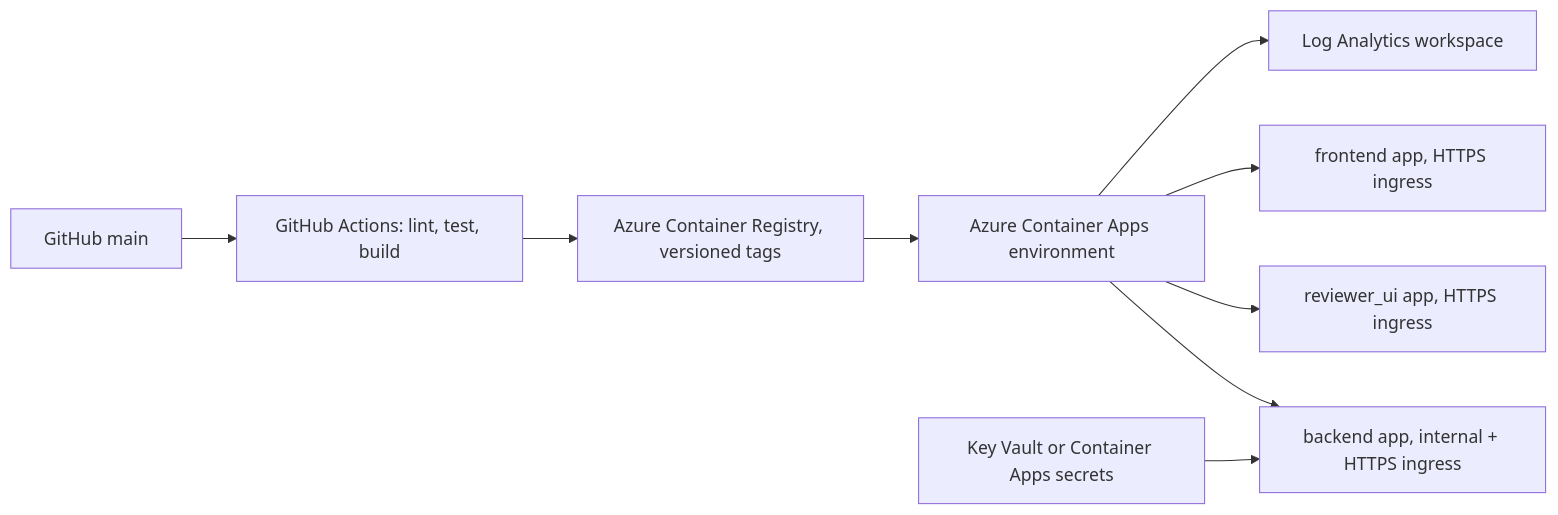
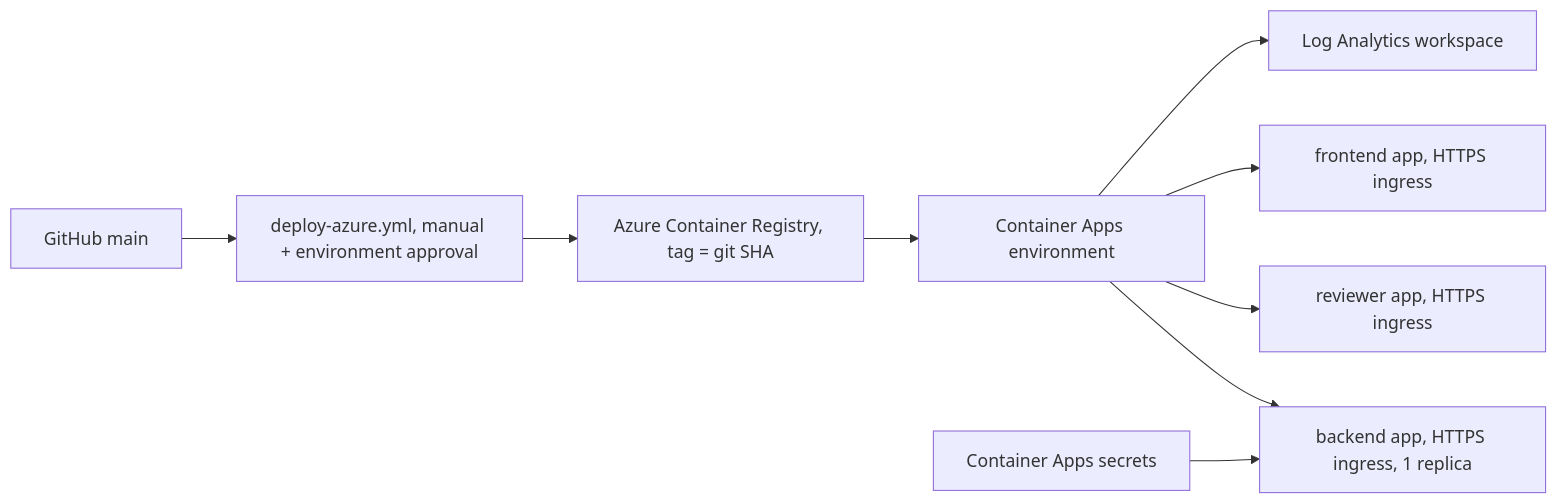
One commit to RuhelaDhruv745/practice-project changed the diagram in docs/DEPLOYMENT.md. Above: the diagram before and after it, drawn with Mermaid. The commit also changed other lines of this file and 4 other files, not shown here.

First line of the commit message:
ci: add docker build and smoke job, manual Azure Container Apps plan

````diff
--- a/docs/DEPLOYMENT.md
+++ b/docs/DEPLOYMENT.md
@@ -41,11 +90,11 @@
 ```mermaid
 flowchart LR
-  GH[GitHub main] --> GA[GitHub Actions: lint, test, build]
-  GA --> ACR[Azure Container Registry, versioned tags]
-  ACR --> ACA[Azure Container Apps environment]
-  ACA --> B[backend app, internal + HTTPS ingress]
-  ACA --> U[reviewer_ui app, HTTPS ingress]
+  GH[GitHub main] --> GA[deploy-azure.yml, manual + environment approval]
+  GA --> ACR[Azure Container Registry, tag = git SHA]
+  ACR --> ACA[Container Apps environment]
+  ACA --> B[backend app, HTTPS ingress, 1 replica]
+  ACA --> U[reviewer app, HTTPS ingress]
   ACA --> F[frontend app, HTTPS ingress]
   ACA --> LA[Log Analytics workspace]
-  KV[Key Vault or Container Apps secrets] --> B
+  S[Container Apps secrets] --> B
 ```
````
